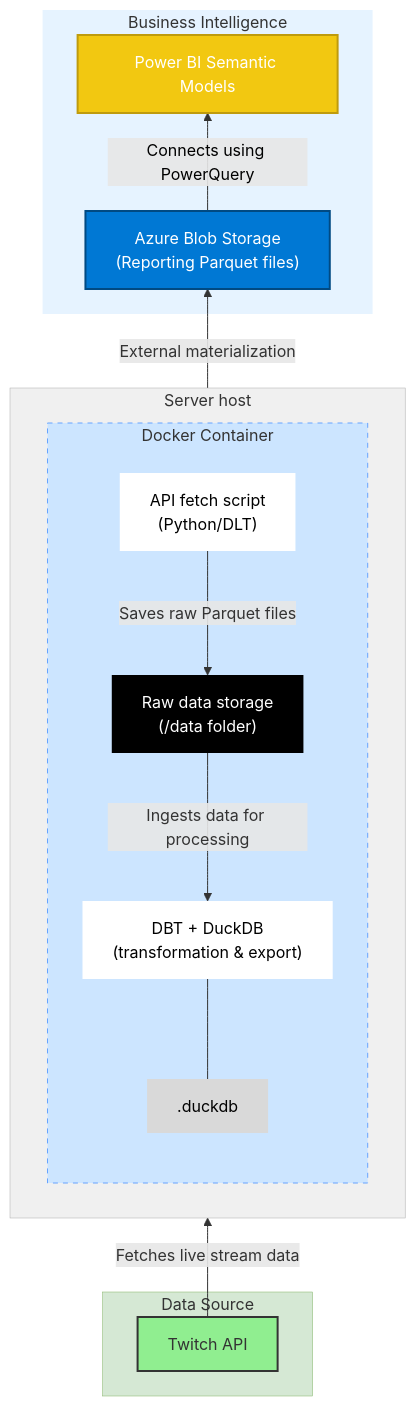
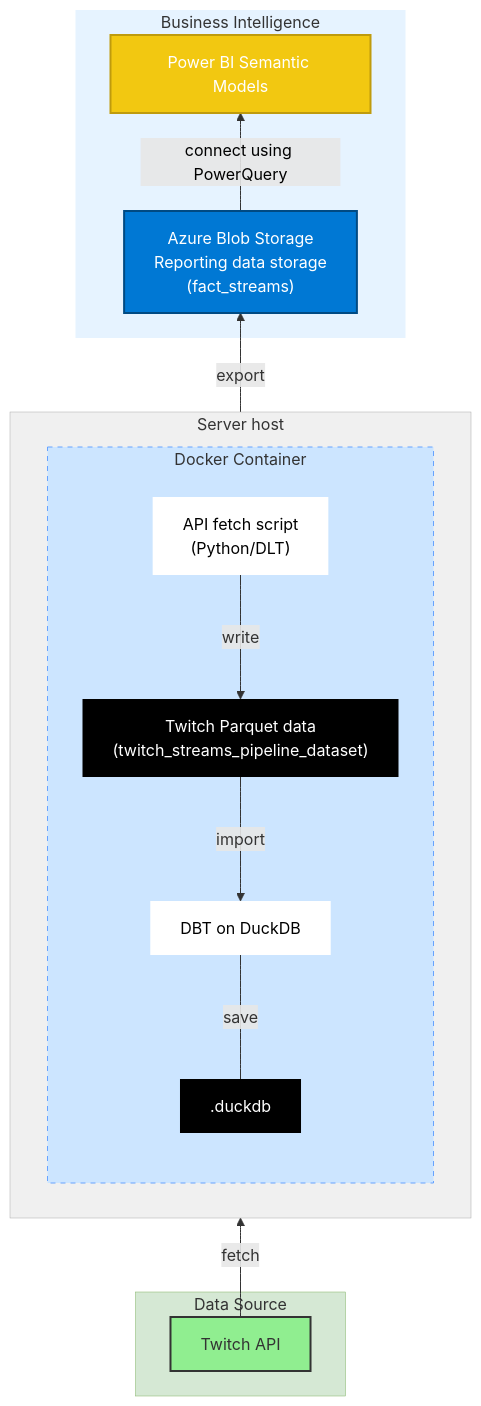
One commit to gabriellegall/twitch_bi changed the second of 2 diagrams in README.md. Above: the diagram before and after it, drawn with Mermaid.

````diff
--- a/README.md
+++ b/README.md
@@ -65,46 +65,46 @@
 ```mermaid
 graph BT;
     %% Subgraph Definitions
     subgraph DS ["Data Source"]
         A[Twitch API]
     end
 
     subgraph VPS [Server host]
         direction LR
         subgraph DockerContainer [Docker Container]
             n1
             direction TB
             D["DBT + DuckDB<br>(transformation & export)"]
             C["Raw data storage<br>(/data folder)"]
             B["API fetch script<br>(Python/DLT)"]
         end
     end
 
     subgraph BI ["Business Intelligence"]
         F[Power BI Semantic Models]
         E["Azure Blob Storage<br>(Reporting Parquet files)"]
     end
 
     %% Data Flow
-    A -- "Fetches live stream data" --> B
-    B -- "Saves raw Parquet files" --> C
-    C -- "Ingests data for processing" --> D
-    D -- "External materialization" --> E
-    E -- "Connects using PowerQuery" --> F
+    A -->|"fetch"| B
+    B -->|"write"| C
+    C["Twitch Parquet data<br>(twitch_streams_pipeline_dataset)"] -->|"import"| D
+    D -->|"export"| E
+    E["Azure Blob Storage<br>Reporting data storage<br>(fact_streams)<br>"] -->|"connect using PowerQuery"| F
 
     %% Styling for Nodes
     style A fill:#90ee90,stroke:#333,stroke-width:2px
     style E fill:#0078D4,stroke:#004A83,stroke-width:2px,color:#fff
     style F fill:#F2C811,stroke:#BF9B0D,stroke-width:2px,color:#fff
 
     style VPS fill:#f0f0f0,stroke:#aaa,stroke-width:0.5px
     style DS fill:#D5E8D4,stroke:#82B366,stroke-width:0.5px
     linkStyle 4 color:#000000
     style B fill:#FFFFFF,color:#000000,stroke:#FFFFFF,stroke-width:0px
     style D color:#000000,fill:#FFFFFF,stroke-width:0px
     style DockerContainer fill:#cce5ff,stroke:#66a3ff,stroke-width:1px,stroke-dasharray:5 5
     style BI fill:#E6F3FF,stroke:#004A83,stroke-width:0px
     style C color:#FFFFFF,stroke-width:0px,fill:#000000
-    D --- n1[".duckdb"]
-    style n1 color:#000000,fill:#D9D9D9,stroke-width:0px
+    D["DBT on DuckDB"] ---|"save"| n1[".duckdb"]
+    style n1 color:#FFFFFF,fill:#000000,stroke-width:0px
 ```
````
